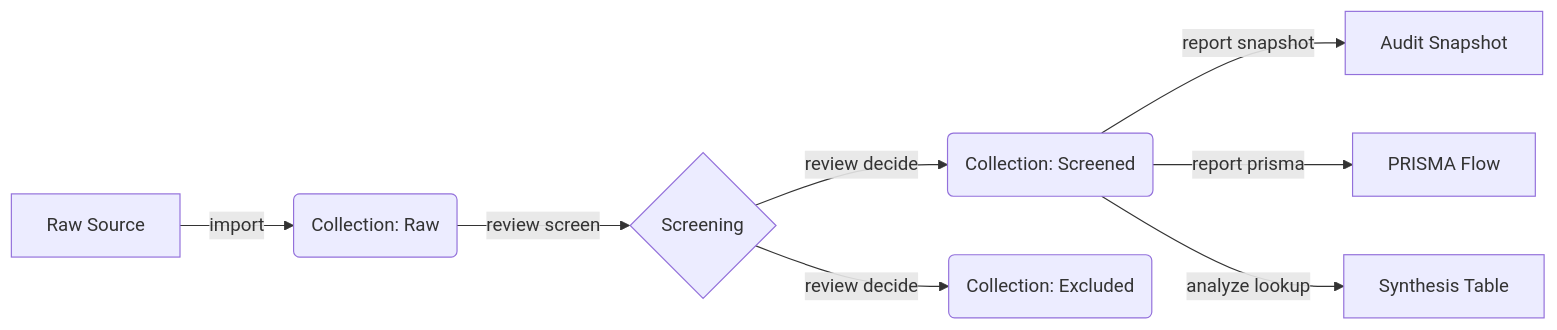
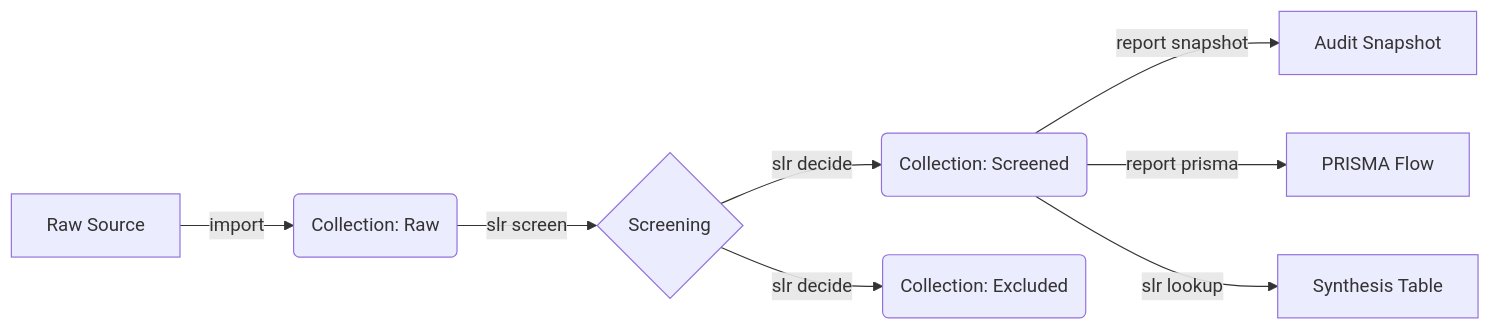
One commit to fchicout/zotero-cli changed the diagram in README.md. Above: the diagram before and after it, drawn with Mermaid. The commit also changed other lines of this file, not shown here.

````diff
--- a/README.md
+++ b/README.md
@@ -38,10 +39,10 @@
 ```mermaid
 graph LR
     A[Raw Source] -->|import| B(Collection: Raw)
-    B -->|review screen| C{Screening}
-    C -->|review decide| D(Collection: Screened)
-    C -->|review decide| E(Collection: Excluded)
+    B -->|slr screen| C{Screening}
+    C -->|slr decide| D(Collection: Screened)
+    C -->|slr decide| E(Collection: Excluded)
     D -->|report snapshot| F[Audit Snapshot]
     D -->|report prisma| G[PRISMA Flow]
-    D -->|analyze lookup| H[Synthesis Table]
+    D -->|slr lookup| H[Synthesis Table]
 ```
````
